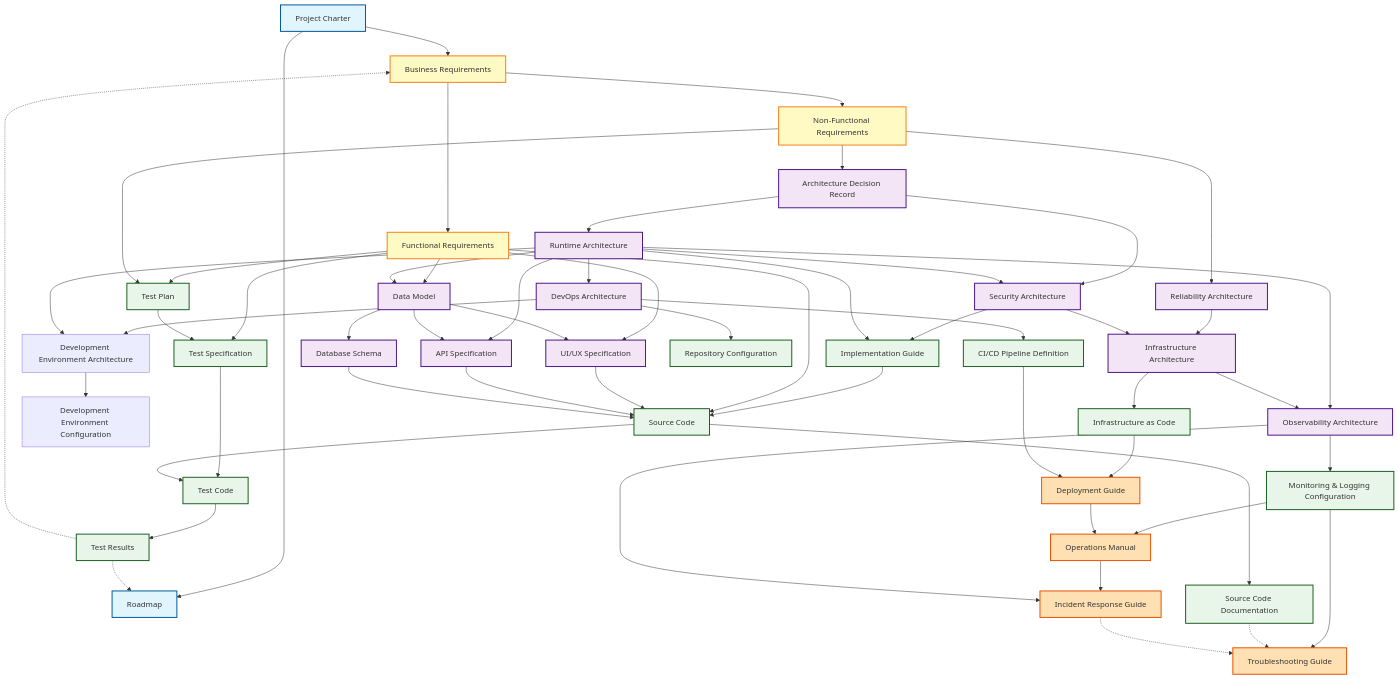
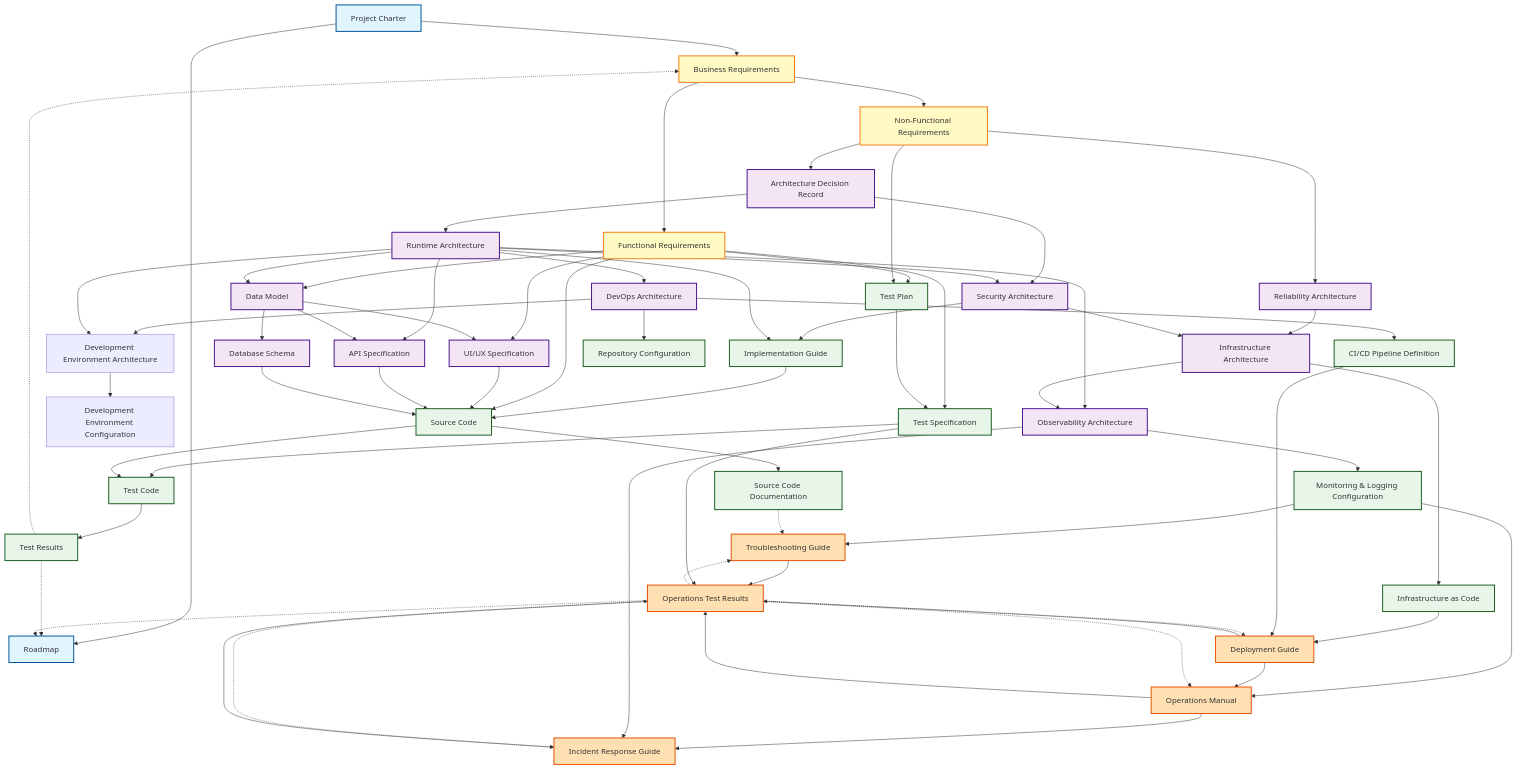
The second of 3 diagrams in specs/artifact-taxonomy.md (mahitotsu/ukiyoue), drawn with Mermaid before and after one commit. The commit also changed other lines of this file, not shown here.

First line of the commit message:
docs: 運用テスト結果（Operations Test Results）を追加してフィードバックループを完結

````diff
--- a/specs/artifact-taxonomy.md
+++ b/specs/artifact-taxonomy.md
@@ -700,6 +717,7 @@
     OpsManual[Operations Manual]
     IncidentGuide[Incident Response Guide]
     TroubleshootGuide[Troubleshooting Guide]
+    OpsTestResult[Operations Test Results]
 
     %% Project Management Flow
     Charter --> Roadmap
@@ -784,11 +802,22 @@
     OpsManual --> IncidentGuide
     ObservabilityArch --> IncidentGuide
 
+    %% Layer 5 to Operations Test Results (new feedback loop)
+    DeployGuide --> OpsTestResult
+    OpsManual --> OpsTestResult
+    IncidentGuide --> OpsTestResult
+    TroubleshootGuide --> OpsTestResult
+    TestSpec --> OpsTestResult
+
     %% Cross-cutting Dependencies (dotted lines)
     TestResults -.-> Roadmap
     TestResults -.-> BizReq
+    OpsTestResult -.-> DeployGuide
+    OpsTestResult -.-> OpsManual
+    OpsTestResult -.-> IncidentGuide
+    OpsTestResult -.-> TroubleshootGuide
+    OpsTestResult -.-> Roadmap
     SrcDoc -.-> TroubleshootGuide
-    IncidentGuide -.-> TroubleshootGuide
 
     %% Styling
     classDef layer1 fill:#e1f5ff,stroke:#01579b,stroke-width:2px
@@ -801,5 +830,6 @@
     class BizReq,FuncReq,NonFuncReq layer2
     class ADR,RuntimeArch,DataModel,UIUX,API,DBSchema,SecArch,ReliabilityArch,InfraArch,ObservabilityArch,DevOpsArch layer3
     class ImplGuide,IaC,PipelineDef,RepoConfig,MonitoringConfig,TestPlan,TestSpec,SrcCode,TestCode,TestResults,SrcDoc layer4
+    class DeployGuide,OpsManual,IncidentGuide,TroubleshootGuide,OpsTestResult layer5
     class DeployGuide,OpsManual,IncidentGuide,TroubleshootGuide layer5
 ```
````
